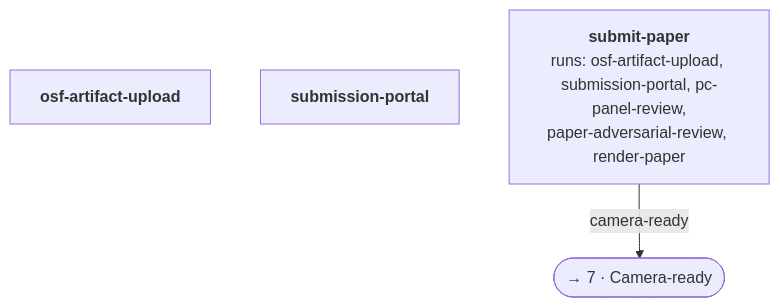
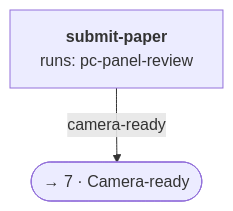
Before and after one commit to zernie/paperlint: the seventh of 9 diagrams in docs/pipeline.md, drawn with Mermaid. The commit also changed other lines of this file and 145 other files, not shown here.

````diff
--- a/docs/pipeline.md
+++ b/docs/pipeline.md
@@ -167,8 +148,6 @@
 ```mermaid
 flowchart TB
-  osf_artifact_upload["<b>osf-artifact-upload</b>"]
-  submission_portal["<b>submission-portal</b>"]
-  submit_paper["<b>submit-paper</b><br/>runs: osf-artifact-upload, submission-portal, pc-panel-review,<br/>paper-adversarial-review, render-paper"]
+  submit_paper["<b>submit-paper</b><br/>runs: pc-panel-review"]
   to_stage_camera_ready(["→ 7 · Camera-ready"])
   submit_paper -- "camera-ready" --> to_stage_camera_ready
 ```
````
